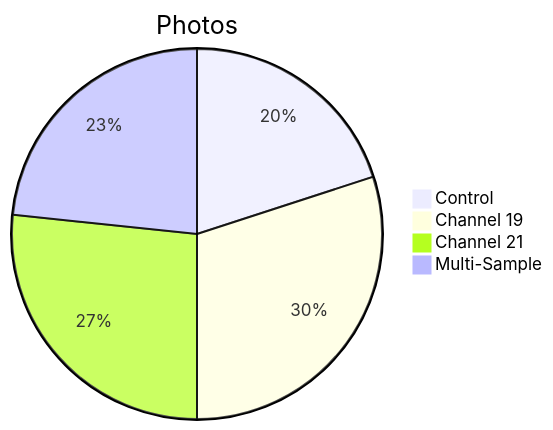
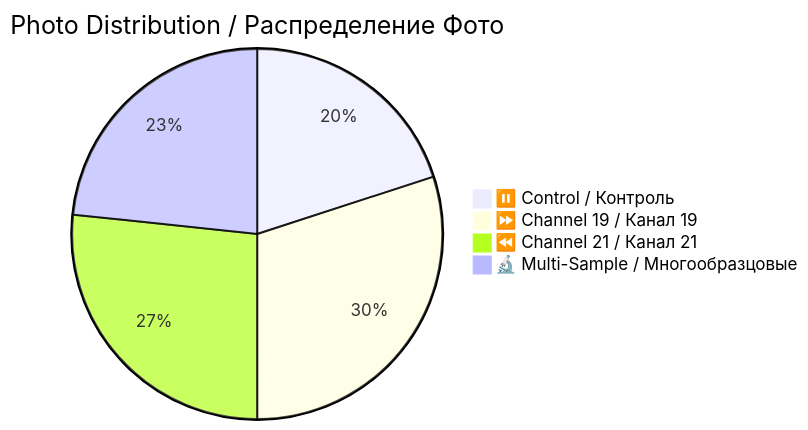
Before and after one commit to AdvancedScientificResearchProjects/Hyperbolic_Field_BloodPlasma_Study: the first of 2 diagrams in original_research/data/patient-07/photos/README.md, drawn with Mermaid. The commit also changed other lines of this file and 6 other files, not shown here.

````diff
--- a/original_research/data/patient-07/photos/README.md
+++ b/original_research/data/patient-07/photos/README.md
@@ -15,7 +15,7 @@
 ```mermaid
-pie title Photos
-    "Control" : 6
-    "Channel 19" : 9
-    "Channel 21" : 8
-    "Multi-Sample" : 7
+pie title Photo Distribution / Распределение Фото
+    "⏸️ Control / Контроль" : 6
+    "⏩ Channel 19 / Канал 19" : 9
+    "⏪ Channel 21 / Канал 21" : 8
+    "🔬 Multi-Sample / Многообразцовые" : 7
 ```
````
